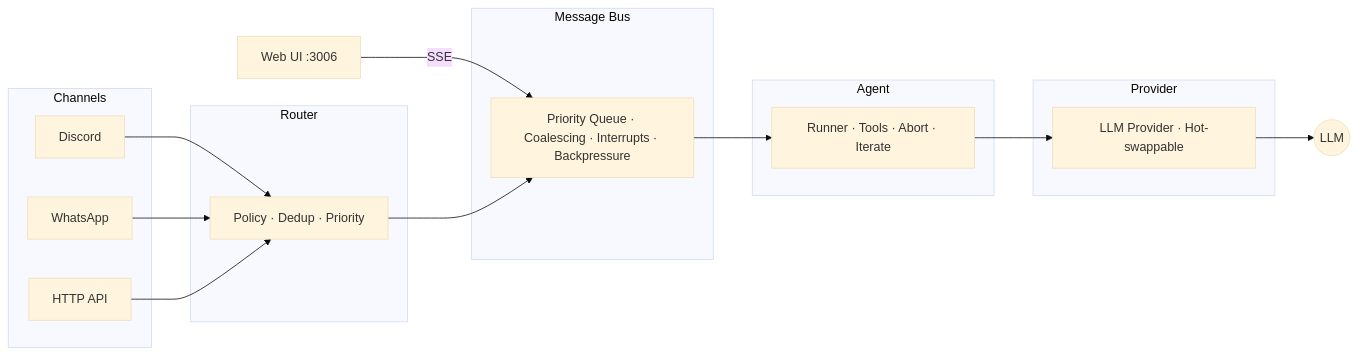
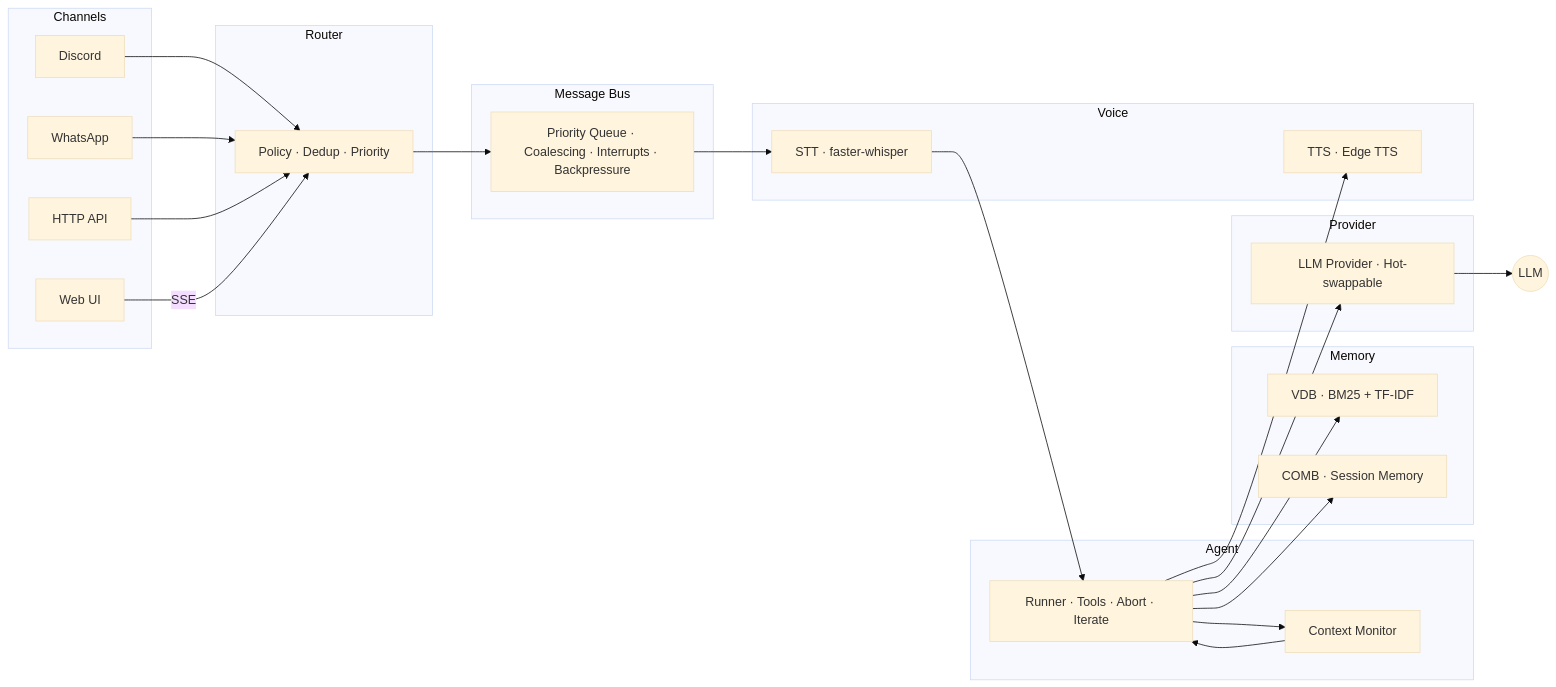
Before and after one commit to Artifact-Virtual/mach6: the diagram in docs/core/architecture.md, drawn with Mermaid (base theme). The commit also changed other lines of this file and 7 other files, not shown here.

````diff
--- a/docs/core/architecture.md
+++ b/docs/core/architecture.md
@@ -13,34 +17,51 @@
 ```mermaid
 graph LR
     subgraph Channels
         D[Discord]
         W[WhatsApp]
         H[HTTP API]
+        UI[Web UI]
     end
 
     subgraph Router
         R[Policy · Dedup · Priority]
     end
 
     subgraph Bus[Message Bus]
         Q[Priority Queue · Coalescing · Interrupts · Backpressure]
     end
 
     subgraph Agent
         A[Runner · Tools · Abort · Iterate]
+        CM[Context Monitor]
+    end
+
+    subgraph Memory
+        V[VDB · BM25 + TF-IDF]
+        C[COMB · Session Memory]
     end
 
     subgraph Provider
         P[LLM Provider · Hot-swappable]
     end
 
-    UI[Web UI :3006] -->|SSE| Q
+    subgraph Voice
+        STT[STT · faster-whisper]
+        TTS[TTS · Edge TTS]
+    end
 
     D --> R
     W --> R
     H --> R
+    UI -->|SSE| R
     R --> Q
-    Q --> A
+    Q --> STT
+    STT --> A
+    A --> CM
+    CM --> A
     A --> P
+    A --> V
+    A --> C
+    A --> TTS
     P --> LLM((LLM))
 ```
````
